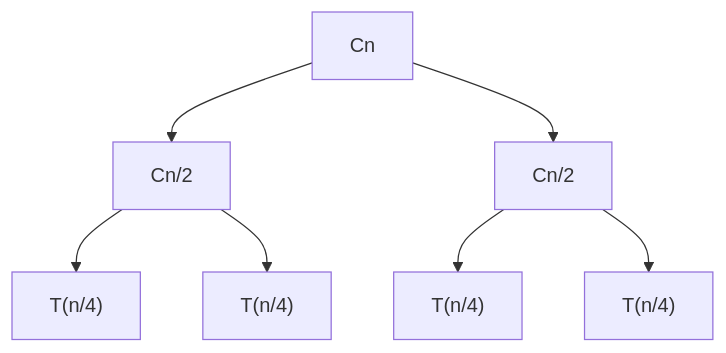
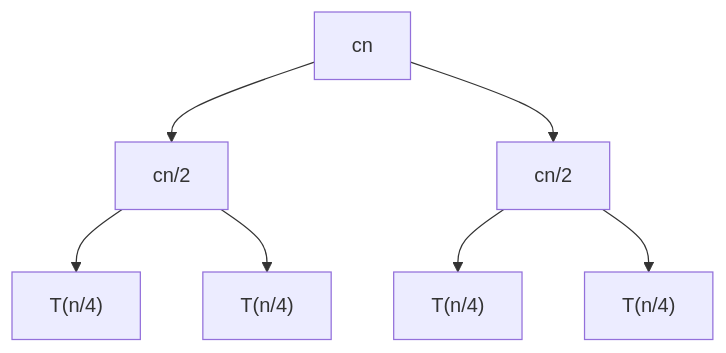
The first of 2 diagrams in 1-Analysis-of-Algorithms/Analysis-of-Algorithms.md (Maxxxxx-C/DataStructure), drawn with Mermaid before and after one commit. The commit also changed other lines of this file, not shown here.

````diff
--- a/1-Analysis-of-Algorithms/Analysis-of-Algorithms.md
+++ b/1-Analysis-of-Algorithms/Analysis-of-Algorithms.md
@@ -82,7 +82,7 @@
 ```mermaid
 graph TB;
-    id1["Cn"]-->id2["Cn/2"]-->id4["T(n/4)"];
-    id2["Cn/2"]-->id5["T(n/4)"];
-    id1["Cn"]-->id3["Cn/2"]-->id6["T(n/4)"];
-    id3["Cn/2"]-->id7["T(n/4)"];
+    id1["cn"]-->id2["cn/2"]-->id4["T(n/4)"];
+    id2["cn/2"]-->id5["T(n/4)"];
+    id1["cn"]-->id3["cn/2"]-->id6["T(n/4)"];
+    id3["cn/2"]-->id7["T(n/4)"];
 ```
````
